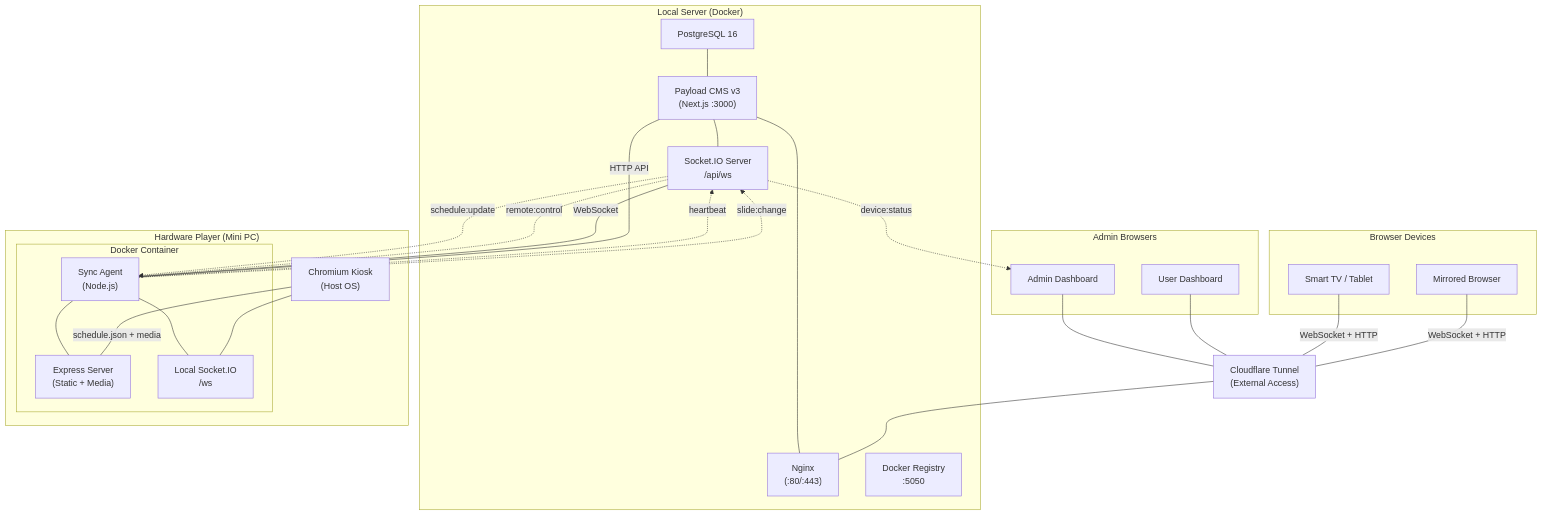
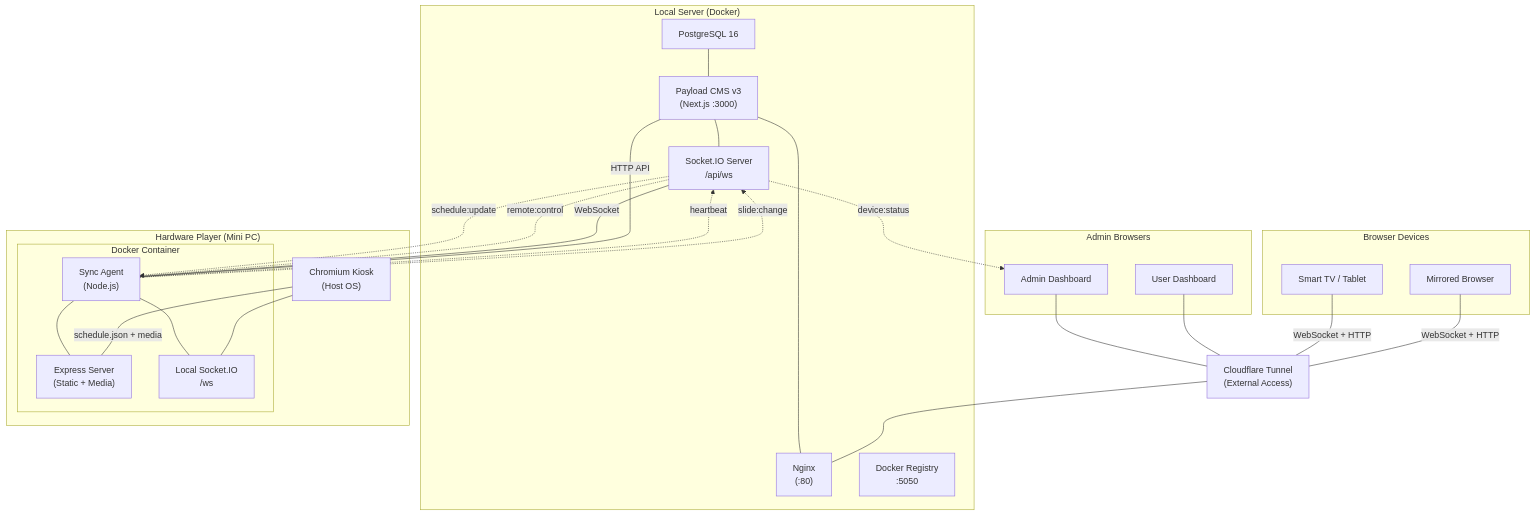
Before and after one commit to wrodie/peydx: the first of 9 diagrams in guides/ARCHITECTURE.md, drawn with Mermaid. The commit also changed other lines of this file and 5 other files, not shown here.

````diff
--- a/guides/ARCHITECTURE.md
+++ b/guides/ARCHITECTURE.md
@@ -7,51 +7,51 @@
 ```mermaid
 graph TB
         subgraph LocalServer["Local Server (Docker)"]
         PG["PostgreSQL 16"]
         CMS["Payload CMS v3<br/>(Next.js :3000)"]
-        NX["Nginx<br/>(:80/:443)"]
+        NX["Nginx<br/>(:80)"]
         WS["Socket.IO Server<br/>/api/ws"]
         REG["Docker Registry<br/>:5050"]
         PG --- CMS
         CMS --- NX
         CMS --- WS
     end
 
     CF["Cloudflare Tunnel<br/>(External Access)"]
     CF --- NX
 
     subgraph AdminBrowsers["Admin Browsers"]
         AB1["Admin Dashboard"]
         AB2["User Dashboard"]
     end
     AB1 --- CF
     AB2 --- CF
 
     subgraph HardwarePlayer["Hardware Player (Mini PC)"]
         subgraph Docker["Docker Container"]
             SA["Sync Agent<br/>(Node.js)"]
             PX["Express Server<br/>(Static + Media)"]
             LWS["Local Socket.IO<br/>/ws"]
             SA --- PX
             SA --- LWS
         end
         PLAYER["Chromium Kiosk<br/>(Host OS)"]
         SA ---|WebSocket| WS
         SA ---|HTTP API| CMS
         PLAYER --- LWS
         PLAYER ---|schedule.json + media| PX
     end
 
     subgraph BrowserDevices["Browser Devices"]
         BD1["Smart TV / Tablet"]
         BD2["Mirrored Browser"]
     end
     BD1 ---|WebSocket + HTTP| CF
     BD2 ---|WebSocket + HTTP| CF
 
     WS -.->|schedule:update| SA
     WS -.->|remote:control| SA
     WS -.->|device:status| AB1
     SA -.->|heartbeat| WS
     SA -.->|slide:change| WS
 ```
````
